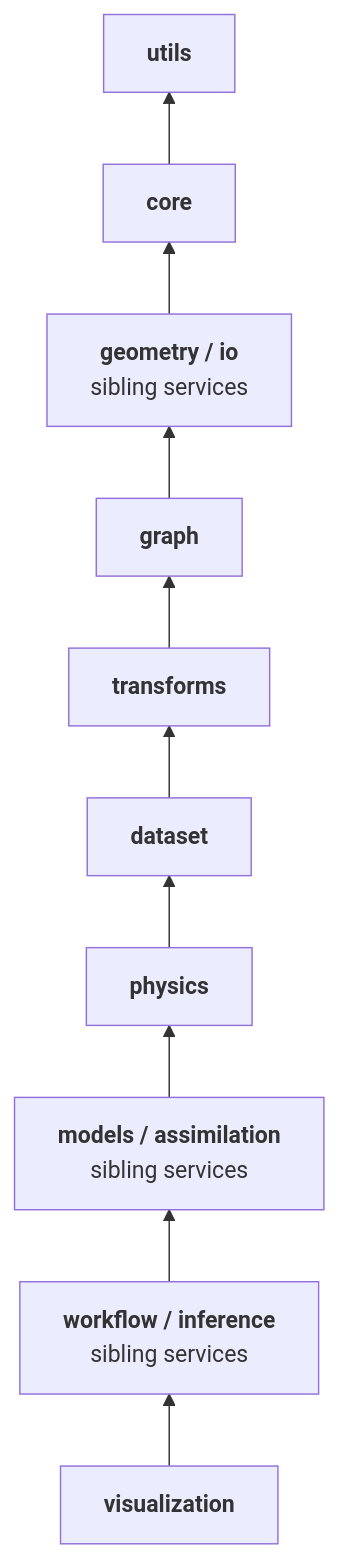
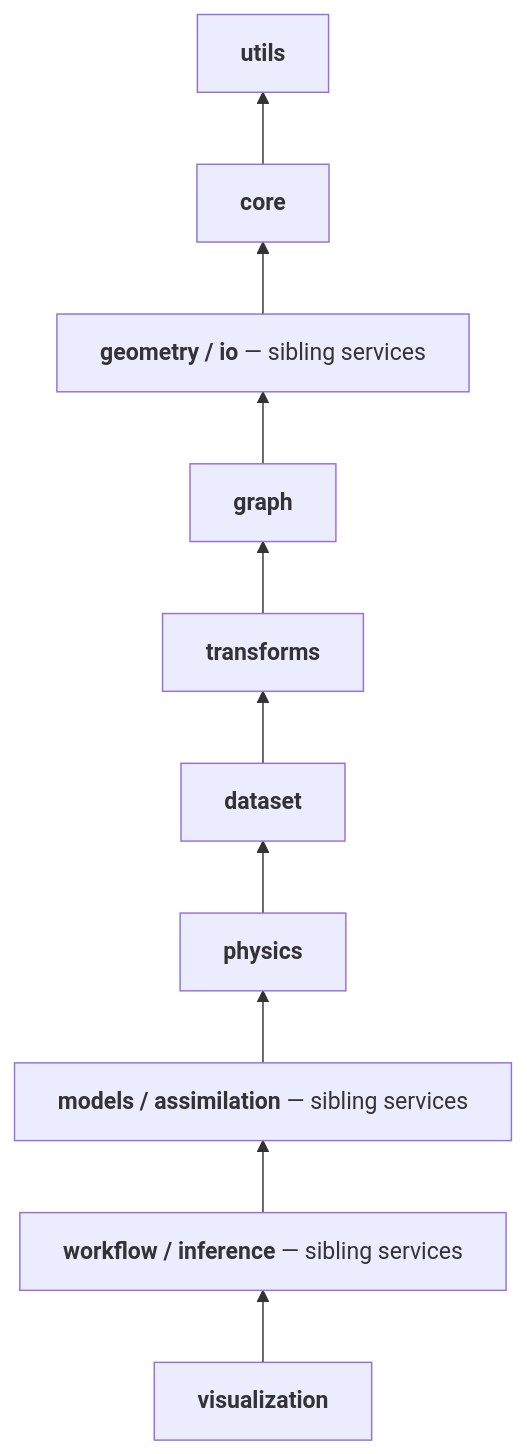
One commit to XYChouMian/caegraph changed the diagram in architecture/decisions/ADR-007-graph-abstraction-and-backend-integration.md. Above: the diagram before and after it, drawn with Mermaid. The commit also changed 7 other files, not shown here.

Commit message:
docs(mermaid): compact vertical flow labels

````diff
--- a/architecture/decisions/ADR-007-graph-abstraction-and-backend-integration.md
+++ b/architecture/decisions/ADR-007-graph-abstraction-and-backend-integration.md
@@ -62,19 +62,19 @@
 ```mermaid
 flowchart BT
     classDef nowrap white-space:nowrap
 
     A["<b>utils</b>"]
     B["<b>core</b>"]
-    C["<b>geometry / io</b><br>sibling services"]
+    C["<b>geometry / io</b> — sibling services"]
     D["<b>graph</b>"]
     E["<b>transforms</b>"]
     F["<b>dataset</b>"]
     G["<b>physics</b>"]
-    H["<b>models / assimilation</b><br>sibling services"]
-    I["<b>workflow / inference</b><br>sibling services"]
+    H["<b>models / assimilation</b> — sibling services"]
+    I["<b>workflow / inference</b> — sibling services"]
     J["<b>visualization</b>"]
 
     J --> I --> H --> G --> F --> E --> D --> C --> B --> A
 
     class A,B,C,D,E,F,G,H,I,J nowrap
 ```
````
